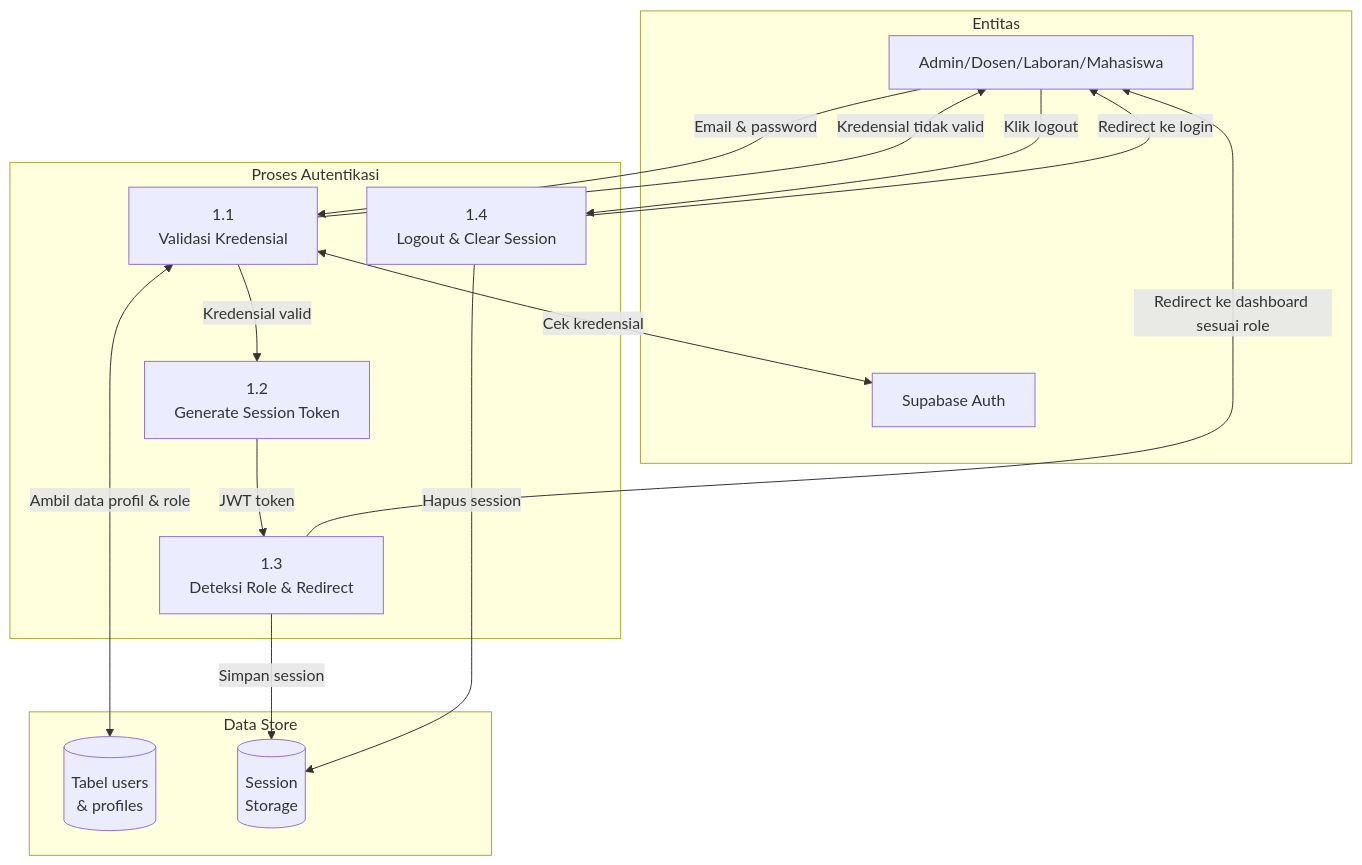
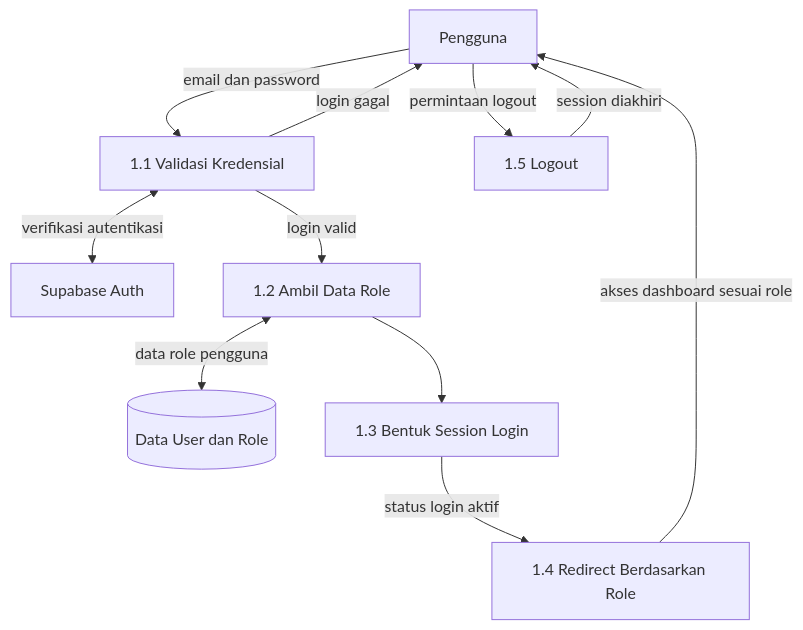
One commit to taufiq1285/sistem-pwa changed the third of 7 diagrams in docs/DFD.md. Above: the diagram before and after it, drawn with Mermaid. The commit also changed other lines of this file and 76 other files, not shown here.

````diff
--- a/docs/DFD.md
+++ b/docs/DFD.md
@@ -227,33 +238,22 @@
 ```mermaid
 graph TB
-    subgraph "Entitas"
-        User[Admin/Dosen/Laboran/Mahasiswa]
-        SupabaseAuth[Supabase Auth]
-    end
+    User[Pengguna]
+    SupabaseAuth[Supabase Auth]
+    D1[(Data User dan Role)]
+    P1_1[1.1 Validasi Kredensial]
+    P1_2[1.2 Ambil Data Role]
+    P1_3[1.3 Bentuk Session Login]
+    P1_4[1.4 Redirect Berdasarkan Role]
+    P1_5[1.5 Logout]
 
-    subgraph "Proses Autentikasi"
-        P1_1[1.1\nValidasi Kredensial]
-        P1_2[1.2\nGenerate Session Token]
-        P1_3[1.3\nDeteksi Role & Redirect]
-        P1_4[1.4\nLogout & Clear Session]
-    end
-
-    subgraph "Data Store"
-        D1_1[(Tabel users\n& profiles)]
-        D1_2[(Session\nStorage)]
-    end
-
-    User -->|Email & password| P1_1
-    P1_1 <-->|Cek kredensial| SupabaseAuth
-    P1_1 <-->|Ambil data profil & role| D1_1
-    P1_1 -->|Kredensial valid| P1_2
-    P1_1 -->|Kredensial tidak valid| User
-
-    P1_2 -->|JWT token| P1_3
-    P1_3 -->|Simpan session| D1_2
-    P1_3 -->|Redirect ke dashboard sesuai role| User
-
-    User -->|Klik logout| P1_4
-    P1_4 -->|Hapus session| D1_2
-    P1_4 -->|Redirect ke login| User
+    User -->|email dan password| P1_1
+    P1_1 <-->|verifikasi autentikasi| SupabaseAuth
+    P1_1 -->|login valid| P1_2
+    P1_1 -->|login gagal| User
+    P1_2 <-->|data role pengguna| D1
+    P1_2 --> P1_3
+    P1_3 -->|status login aktif| P1_4
+    P1_4 -->|akses dashboard sesuai role| User
+    User -->|permintaan logout| P1_5
+    P1_5 -->|session diakhiri| User
 ```
````
